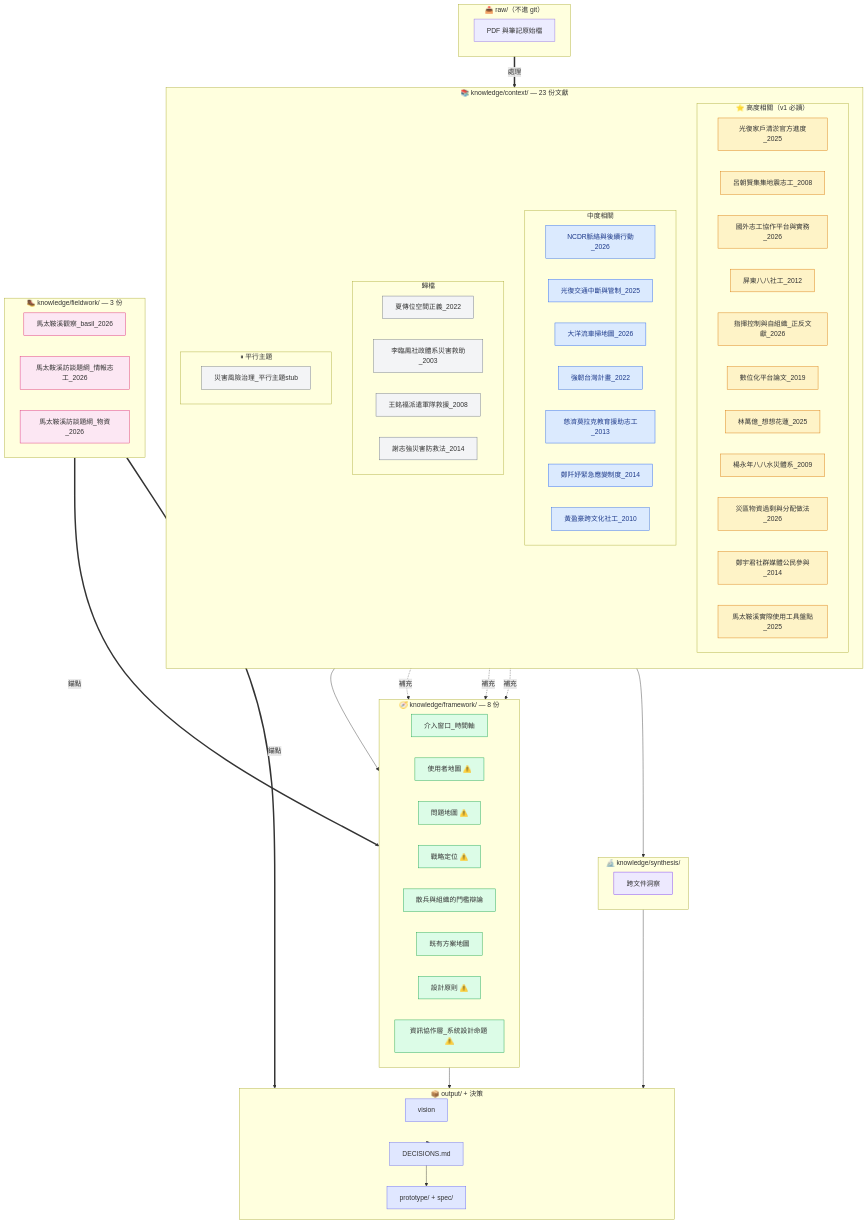
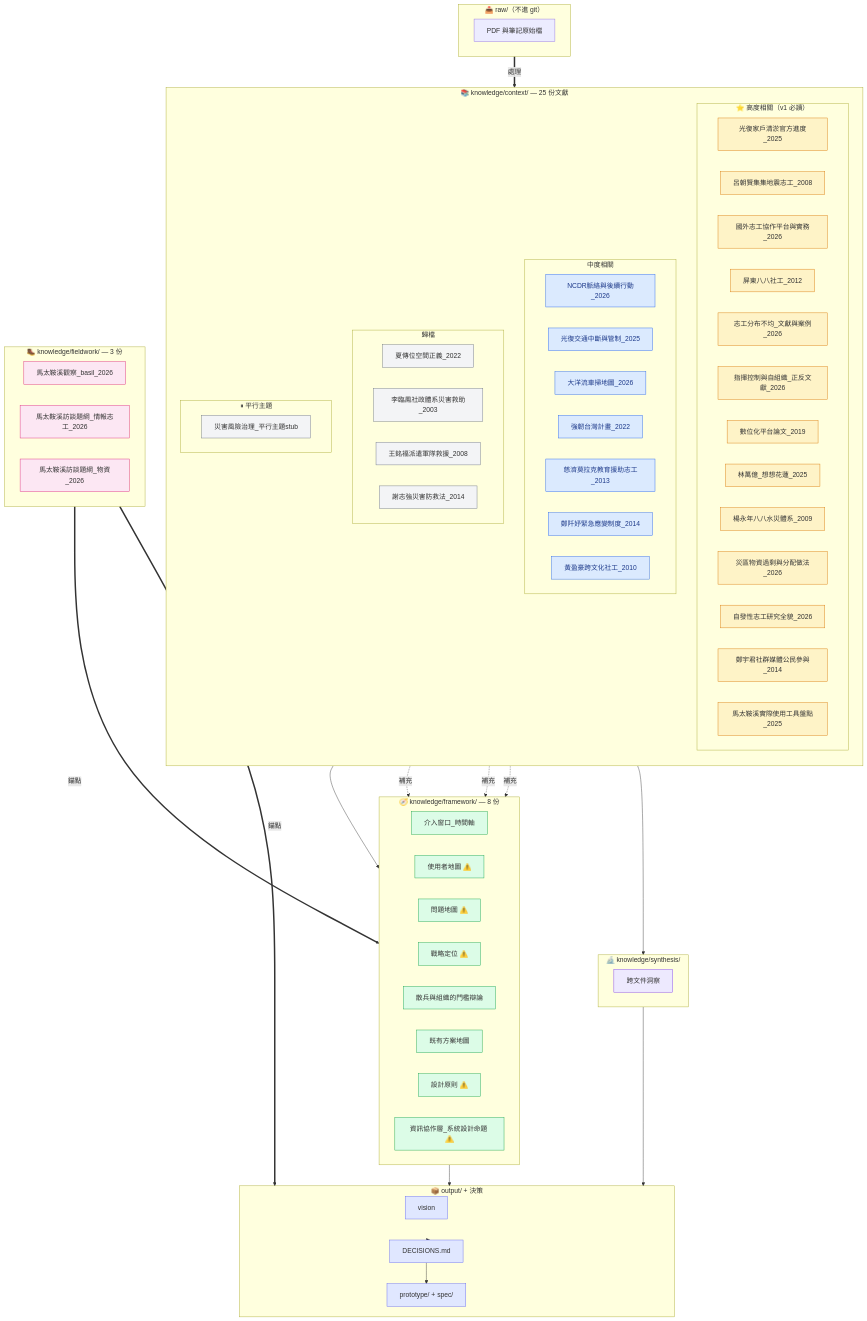
One commit to BasilHsieh/resq-hub changed the third of 8 diagrams in ARCHITECTURE.md. Above: the diagram before and after it, drawn with Mermaid. The commit also changed 17 other files, not shown here.

````diff
--- a/ARCHITECTURE.md
+++ b/ARCHITECTURE.md
@@ -127,64 +127,66 @@
         RP["PDF 與筆記原始檔"]
     end
 
-    subgraph CTX["📚 knowledge/context/ — 23 份文獻"]
+    subgraph CTX["📚 knowledge/context/ — 25 份文獻"]
         direction TB
         subgraph HIGH["⭐ 高度相關（v1 必讀）"]
             N3["光復家戶清淤官方進度_2025"]
             N4["呂朝賢集集地震志工_2008"]
             N5["國外志工協作平台與實務_2026"]
             N8["屏東八八社工_2012"]
-            N11["指揮控制與自組織_正反文獻_2026"]
-            N12["數位化平台論文_2019"]
-            N14["林萬億_想想花蓮_2025"]
-            N15["楊永年八八水災體系_2009"]
-            N16["災區物資過剩與分配做法_2026"]
-            N20["鄭宇君社群媒體公民參與_2014"]
-            N22["馬太鞍溪實際使用工具盤點_2025"]
+            N10["志工分布不均_文獻與案例_2026"]
+            N12["指揮控制與自組織_正反文獻_2026"]
+            N13["數位化平台論文_2019"]
+            N15["林萬億_想想花蓮_2025"]
+            N16["楊永年八八水災體系_2009"]
+            N17["災區物資過剩與分配做法_2026"]
+            N20["自發性志工研究全貌_2026"]
+            N22["鄭宇君社群媒體公民參與_2014"]
+            N24["馬太鞍溪實際使用工具盤點_2025"]
         end
         subgraph MID["中度相關"]
             N1["NCDR脈絡與後續行動_2026"]
             N2["光復交通中斷與管制_2025"]
             N7["大洋流車掃地圖_2026"]
             N9["強韌台灣計畫_2022"]
-            N10["慈濟莫拉克教育援助志工_2013"]
-            N21["鄭阡妤緊急應變制度_2014"]
-            N23["黃盈豪跨文化社工_2010"]
+            N11["慈濟莫拉克教育援助志工_2013"]
+            N23["鄭阡妤緊急應變制度_2014"]
+            N25["黃盈豪跨文化社工_2010"]
         end
         subgraph LOW["歸檔"]
             N6["夏傳位空間正義_2022"]
-            N13["李臨鳳社政體系災害救助_2003"]
-            N18["王銘福派遣軍隊救援_2008"]
-            N19["謝志強災害防救法_2014"]
+            N14["李臨鳳社政體系災害救助_2003"]
+            N19["王銘福派遣軍隊救援_2008"]
+            N21["謝志強災害防救法_2014"]
         end
         subgraph PARK["⏸ 平行主題"]
-            N17["災害風險治理_平行主題stub"]
+            N18["災害風險治理_平行主題stub"]
         end
     end
 
     subgraph FW["🧭 knowledge/framework/ — 8 份"]
-        N27["介入窗口_時間軸"]
-        N28["使用者地圖 ⚠️"]
-        N29["問題地圖 ⚠️"]
-        N30["戰略定位 ⚠️"]
-        N31["散兵與組織的門檻辯論"]
-        N32["既有方案地圖"]
-        N33["設計原則 ⚠️"]
-        N34["資訊協作層_系統設計命題 ⚠️"]
+        N29["介入窗口_時間軸"]
+        N30["使用者地圖 ⚠️"]
+        N31["問題地圖 ⚠️"]
+        N32["戰略定位 ⚠️"]
+        N33["散兵與組織的門檻辯論"]
+        N34["既有方案地圖"]
+        N35["設計原則 ⚠️"]
+        N36["資訊協作層_系統設計命題 ⚠️"]
     end
 
     subgraph FLD["🥾 knowledge/fieldwork/ — 3 份"]
-        N24["馬太鞍溪觀察_basil_2026"]
-        N25["馬太鞍溪訪談題綱_情報志工_2026"]
-        N26["馬太鞍溪訪談題綱_物資_2026"]
+        N26["馬太鞍溪觀察_basil_2026"]
+        N27["馬太鞍溪訪談題綱_情報志工_2026"]
+        N28["馬太鞍溪訪談題綱_物資_2026"]
     end
 
     subgraph SYN["🔬 knowledge/synthesis/"]
-        N35["跨文件洞察"]
+        N37["跨文件洞察"]
     end
 
     subgraph OUT["📦 output/ + 決策"]
-        N40["vision"]
+        N43["vision"]
         PRD["prototype/ + spec/"]
         DEC["DECISIONS.md"]
     end
@@ -209,15 +211,15 @@
     classDef fld fill:#fce7f3,stroke:#db2777
     classDef syn fill:#ede9fe,stroke:#7c3aed
     classDef out fill:#e0e7ff,stroke:#6366f1
-    class N27,N28,N29,N30,N31,N32,N33,N34 fw
-    class N24,N25,N26 fld
-    class N35 syn
-    class N40 out
+    class N29,N30,N31,N32,N33,N34,N35,N36 fw
+    class N26,N27,N28 fld
+    class N37 syn
+    class N43 out
     class PRD,DEC out
-    class N3,N4,N5,N8,N11,N12,N14,N15,N16,N20,N22 high
-    class N1,N2,N7,N9,N10,N21,N23 mid
-    class N6,N13,N18,N19 low
-    class N17 low
+    class N3,N4,N5,N8,N10,N12,N13,N15,N16,N17,N20,N22,N24 high
+    class N1,N2,N7,N9,N11,N23,N25 mid
+    class N6,N14,N19,N21 low
+    class N18 low
 
     click N1 "knowledge/context/NCDR脈絡與後續行動_2026.md" "開啟原檔"
     click N2 "knowledge/context/光復交通中斷與管制_2025.md" "開啟原檔"
@@ -228,36 +230,39 @@
     click N7 "knowledge/context/大洋流車掃地圖_2026.md" "開啟原檔"
     click N8 "knowledge/context/屏東八八社工_2012.md" "開啟原檔"
     click N9 "knowledge/context/強韌台灣計畫_2022.md" "開啟原檔"
-    click N10 "knowledge/context/慈濟莫拉克教育援助志工_2013.md" "開啟原檔"
-    click N11 "knowledge/context/指揮控制與自組織_正反文獻_2026.md" "開啟原檔"
-    click N12 "knowledge/context/數位化平台論文_2019.md" "開啟原檔"
-    click N13 "knowledge/context/李臨鳳社政體系災害救助_2003.md" "開啟原檔"
-    click N14 "knowledge/context/林萬億_想想花蓮_2025.md" "開啟原檔"
-    click N15 "knowledge/context/楊永年八八水災體系_2009.md" "開啟原檔"
-    click N16 "knowledge/context/災區物資過剩與分配做法_2026.md" "開啟原檔"
-    click N17 "knowledge/context/災害風險治理_平行主題stub.md" "開啟原檔"
-    click N18 "knowledge/context/王銘福派遣軍隊救援_2008.md" "開啟原檔"
-    click N19 "knowledge/context/謝志強災害防救法_2014.md" "開啟原檔"
-    click N20 "knowledge/context/鄭宇君社群媒體公民參與_2014.md" "開啟原檔"
-    click N21 "knowledge/context/鄭阡妤緊急應變制度_2014.md" "開啟原檔"
-    click N22 "knowledge/context/馬太鞍溪實際使用工具盤點_2025.md" "開啟原檔"
-    click N23 "knowledge/context/黃盈豪跨文化社工_2010.md" "開啟原檔"
-    click N24 "knowledge/fieldwork/馬太鞍溪觀察_basil_2026.md" "開啟原檔"
-    click N25 "knowledge/fieldwork/馬太鞍溪訪談題綱_情報志工_2026.md" "開啟原檔"
-    click N26 "knowledge/fieldwork/馬太鞍溪訪談題綱_物資_2026.md" "開啟原檔"
-    click N27 "knowledge/framework/介入窗口_時間軸.md" "開啟原檔"
-    click N28 "knowledge/framework/使用者地圖.md" "開啟原檔"
-    click N29 "knowledge/framework/問題地圖.md" "開啟原檔"
-    click N30 "knowledge/framework/戰略定位.md" "開啟原檔"
-    click N31 "knowledge/framework/散兵與組織的門檻辯論.md" "開啟原檔"
-    click N32 "knowledge/framework/既有方案地圖.md" "開啟原檔"
-    click N33 "knowledge/framework/設計原則.md" "開啟原檔"
-    click N34 "knowledge/framework/資訊協作層_系統設計命題.md" "開啟原檔"
-    click N35 "knowledge/synthesis/跨文件洞察.md" "開啟原檔"
-    click N36 "knowledge/文獻處理進度.md" "開啟原檔"
-    click N37 "output/spec/角色輪廓.md" "開啟原檔"
-    click N38 "output/spec/設計系統.md" "開啟原檔"
-    click N39 "output/spec/資料模型與狀態機.md" "開啟原檔"
-    click N40 "output/vision.md" "開啟原檔"
+    click N10 "knowledge/context/志工分布不均_文獻與案例_2026.md" "開啟原檔"
+    click N11 "knowledge/context/慈濟莫拉克教育援助志工_2013.md" "開啟原檔"
+    click N12 "knowledge/context/指揮控制與自組織_正反文獻_2026.md" "開啟原檔"
+    click N13 "knowledge/context/數位化平台論文_2019.md" "開啟原檔"
+    click N14 "knowledge/context/李臨鳳社政體系災害救助_2003.md" "開啟原檔"
+    click N15 "knowledge/context/林萬億_想想花蓮_2025.md" "開啟原檔"
+    click N16 "knowledge/context/楊永年八八水災體系_2009.md" "開啟原檔"
+    click N17 "knowledge/context/災區物資過剩與分配做法_2026.md" "開啟原檔"
+    click N18 "knowledge/context/災害風險治理_平行主題stub.md" "開啟原檔"
+    click N19 "knowledge/context/王銘福派遣軍隊救援_2008.md" "開啟原檔"
+    click N20 "knowledge/context/自發性志工研究全貌_2026.md" "開啟原檔"
+    click N21 "knowledge/context/謝志強災害防救法_2014.md" "開啟原檔"
+    click N22 "knowledge/context/鄭宇君社群媒體公民參與_2014.md" "開啟原檔"
+    click N23 "knowledge/context/鄭阡妤緊急應變制度_2014.md" "開啟原檔"
+    click N24 "knowledge/context/馬太鞍溪實際使用工具盤點_2025.md" "開啟原檔"
+    click N25 "knowledge/context/黃盈豪跨文化社工_2010.md" "開啟原檔"
+    click N26 "knowledge/fieldwork/馬太鞍溪觀察_basil_2026.md" "開啟原檔"
+    click N27 "knowledge/fieldwork/馬太鞍溪訪談題綱_情報志工_2026.md" "開啟原檔"
+    click N28 "knowledge/fieldwork/馬太鞍溪訪談題綱_物資_2026.md" "開啟原檔"
+    click N29 "knowledge/framework/介入窗口_時間軸.md" "開啟原檔"
+    click N30 "knowledge/framework/使用者地圖.md" "開啟原檔"
+    click N31 "knowledge/framework/問題地圖.md" "開啟原檔"
+    click N32 "knowledge/framework/戰略定位.md" "開啟原檔"
+    click N33 "knowledge/framework/散兵與組織的門檻辯論.md" "開啟原檔"
+    click N34 "knowledge/framework/既有方案地圖.md" "開啟原檔"
+    click N35 "knowledge/framework/設計原則.md" "開啟原檔"
+    click N36 "knowledge/framework/資訊協作層_系統設計命題.md" "開啟原檔"
+    click N37 "knowledge/synthesis/跨文件洞察.md" "開啟原檔"
+    click N38 "knowledge/文獻處理進度.md" "開啟原檔"
+    click N39 "knowledge/研究清單.md" "開啟原檔"
+    click N40 "output/spec/角色輪廓.md" "開啟原檔"
+    click N41 "output/spec/設計系統.md" "開啟原檔"
+    click N42 "output/spec/資料模型與狀態機.md" "開啟原檔"
+    click N43 "output/vision.md" "開啟原檔"
     click DEC "DECISIONS.md" "開啟原檔"
 ```
````
